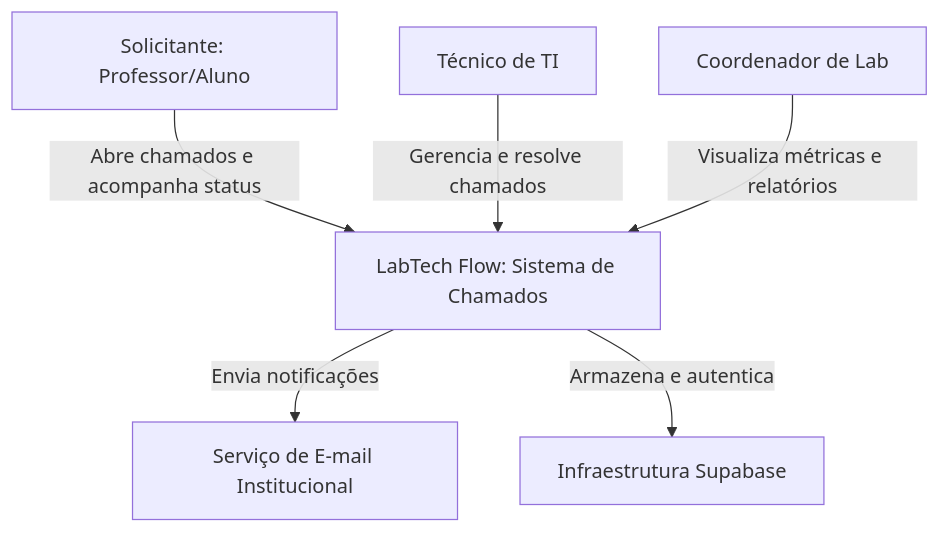
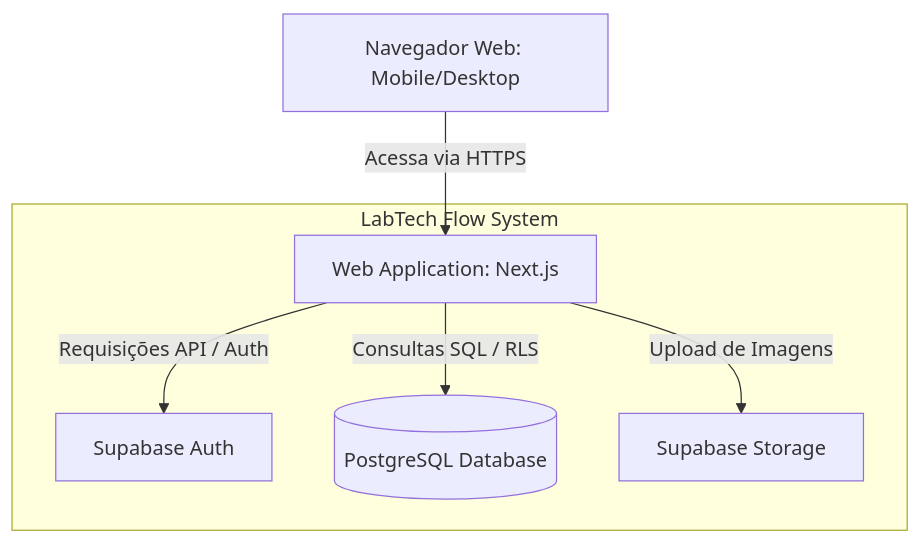
One commit to ArylsonLopes/ATIVIDADE-PBL-SCRUM- changed the diagram in docs/arquitetura/C4-CONTAINERS.md. Above: the diagram before and after it, drawn with Mermaid. The commit also changed other lines of this file, not shown here.

````diff
--- a/docs/arquitetura/C4-CONTAINERS.md
+++ b/docs/arquitetura/C4-CONTAINERS.md
@@ -8,8 +6,10 @@
 ```mermaid
-graph TD
-    User[Solicitante: Professor/Aluno] -->|Abre chamados e acompanha status| System[LabTech Flow: Sistema de Chamados]
-    Tech[Técnico de TI] -->|Gerencia e resolve chamados| System
-    Coord[Coordenador de Lab] -->|Visualiza métricas e relatórios| System
-    System -->|Envia notificações| Email[Serviço de E-mail Institucional]
-    System -->|Armazena e autentica| Cloud[Infraestrutura Supabase]
+graph BR
+    subgraph "LabTech Flow System"
+        WebApp[Web Application: Next.js] -->|Requisições API / Auth| AuthServ[Supabase Auth]
+        WebApp -->|Consultas SQL / RLS| DB[(PostgreSQL Database)]
+        WebApp -->|Upload de Imagens| Storage[Supabase Storage]
+    end
+    
+    Browser[Navegador Web: Mobile/Desktop] -->|Acessa via HTTPS| WebApp
 ```
````
